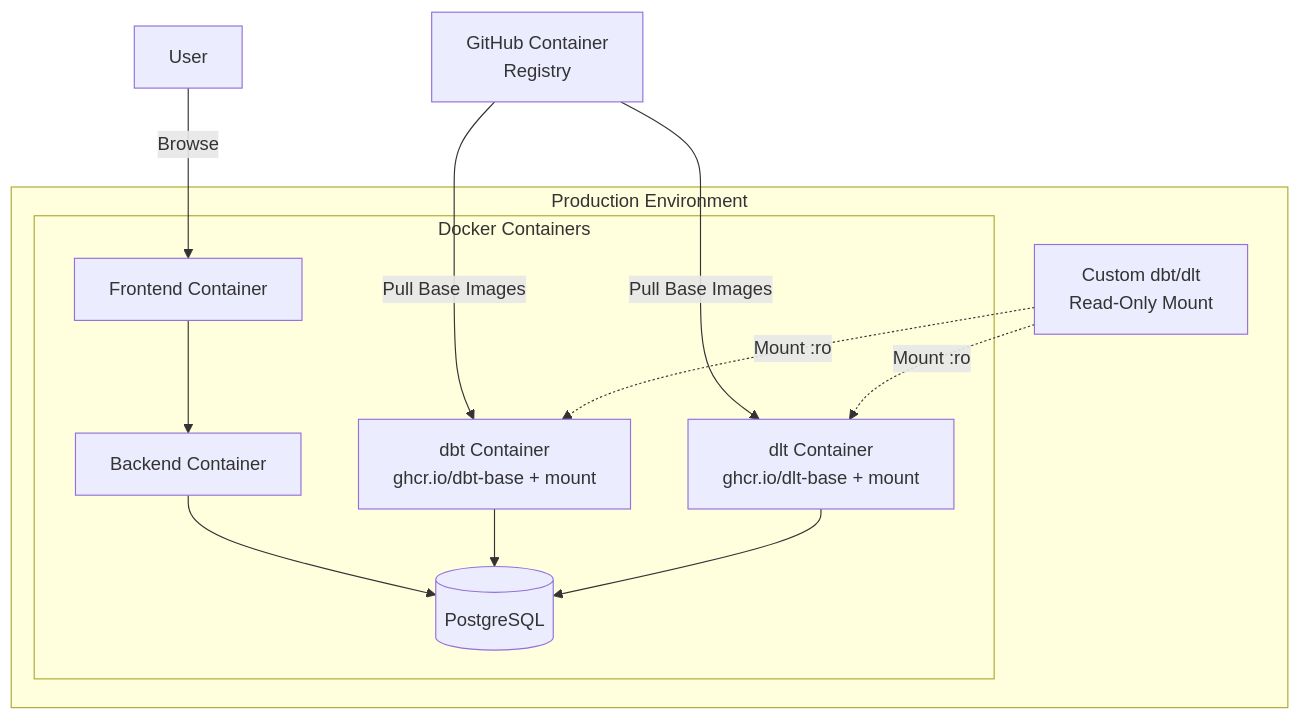
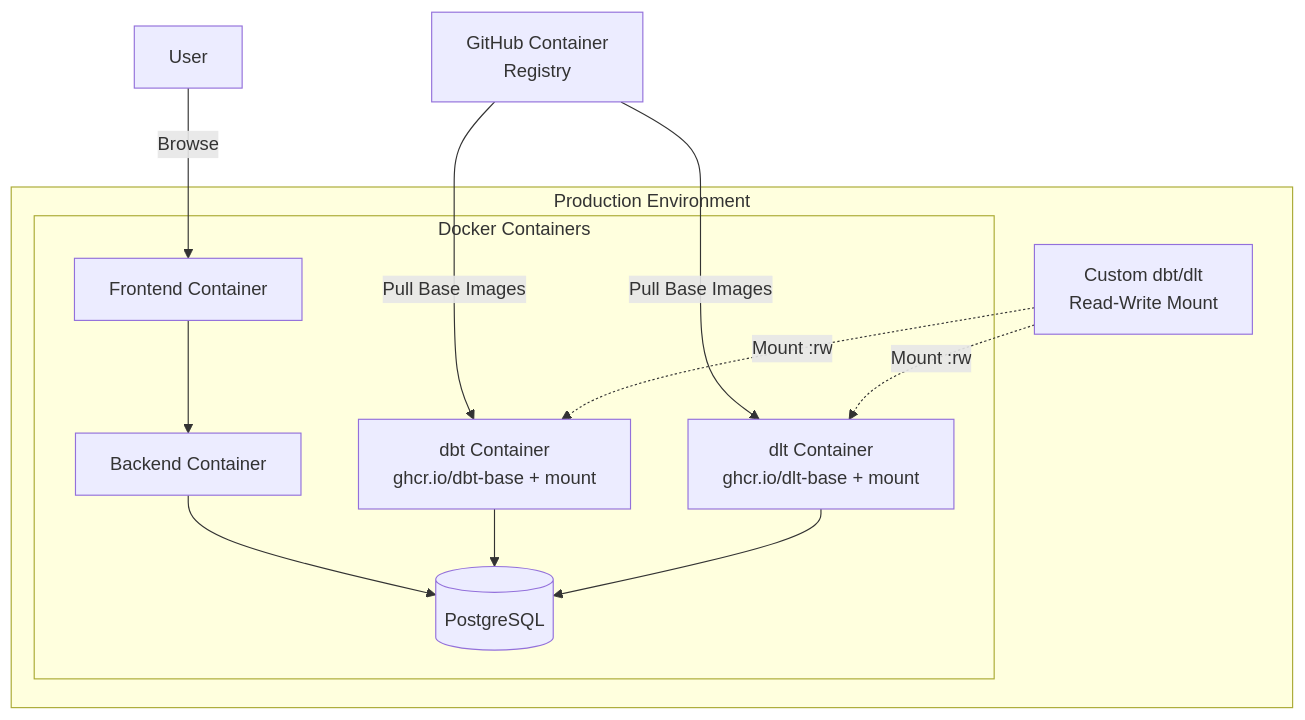
Before and after one commit to suwa-sh/open-process-mining: the diagram in USAGE.md, drawn with Mermaid. The commit also changed other lines of this file and 4 other files, not shown here.

Commit message:
fix(dbt): OSError: [Errno 30] Read-only file system: '/app/dbt/logs/dbt.log'

````diff
--- a/USAGE.md
+++ b/USAGE.md
@@ -36,29 +39,29 @@
 ```mermaid
 graph TB
     subgraph ProdEnv[Production Environment]
         subgraph Containers[Docker Containers]
             FE_PROD[Frontend Container]
             BE_PROD[Backend Container]
             DBT_PROD[dbt Container<br/>ghcr.io/dbt-base + mount]
             DLT_PROD[dlt Container<br/>ghcr.io/dlt-base + mount]
             DB_PROD[(PostgreSQL)]
         end
 
-        CustomCode[Custom dbt/dlt<br/>Read-Only Mount]
+        CustomCode[Custom dbt/dlt<br/>Read-Write Mount]
     end
 
     User[User]
     GHCR[GitHub Container<br/>Registry]
 
     GHCR --->|Pull Base Images| DBT_PROD
     GHCR --->|Pull Base Images| DLT_PROD
 
-    CustomCode -.->|Mount :ro| DBT_PROD
-    CustomCode -.->|Mount :ro| DLT_PROD
+    CustomCode -.->|Mount :rw| DBT_PROD
+    CustomCode -.->|Mount :rw| DLT_PROD
 
     User -->|Browse| FE_PROD
     FE_PROD --> BE_PROD
     BE_PROD --> DB_PROD
     DBT_PROD --> DB_PROD
     DLT_PROD --> DB_PROD
 ```
````
